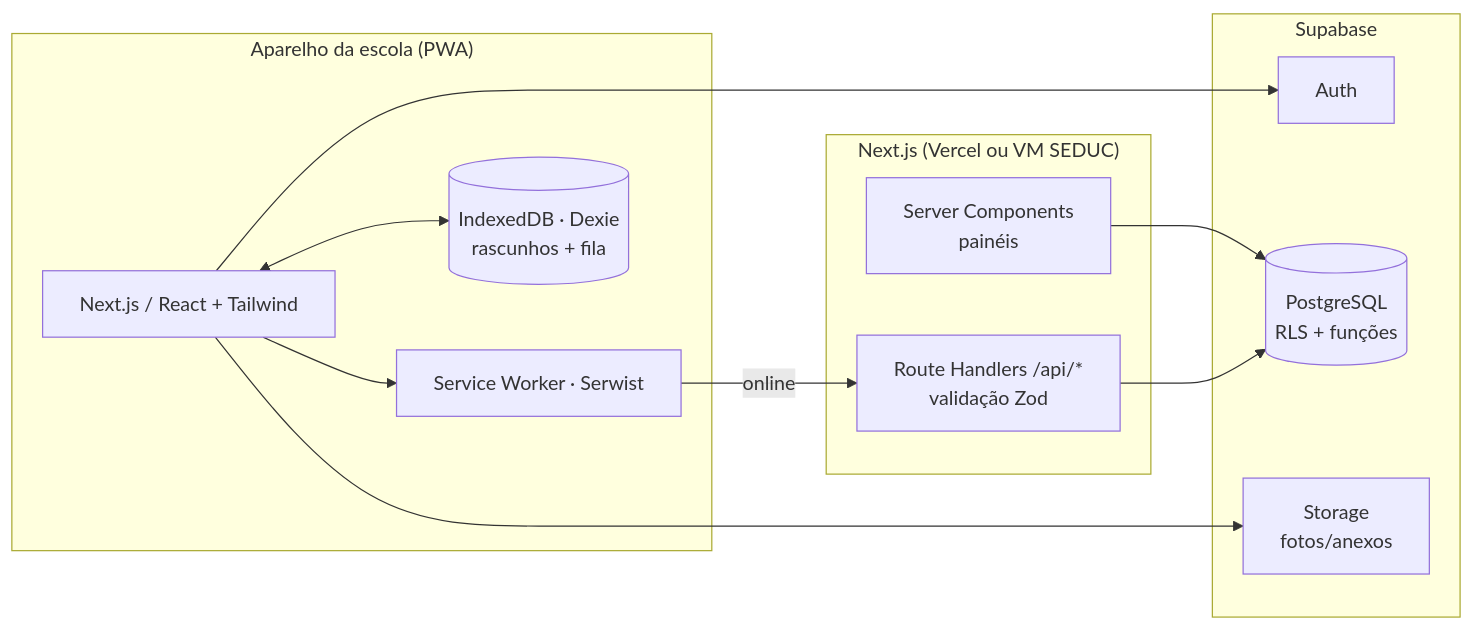
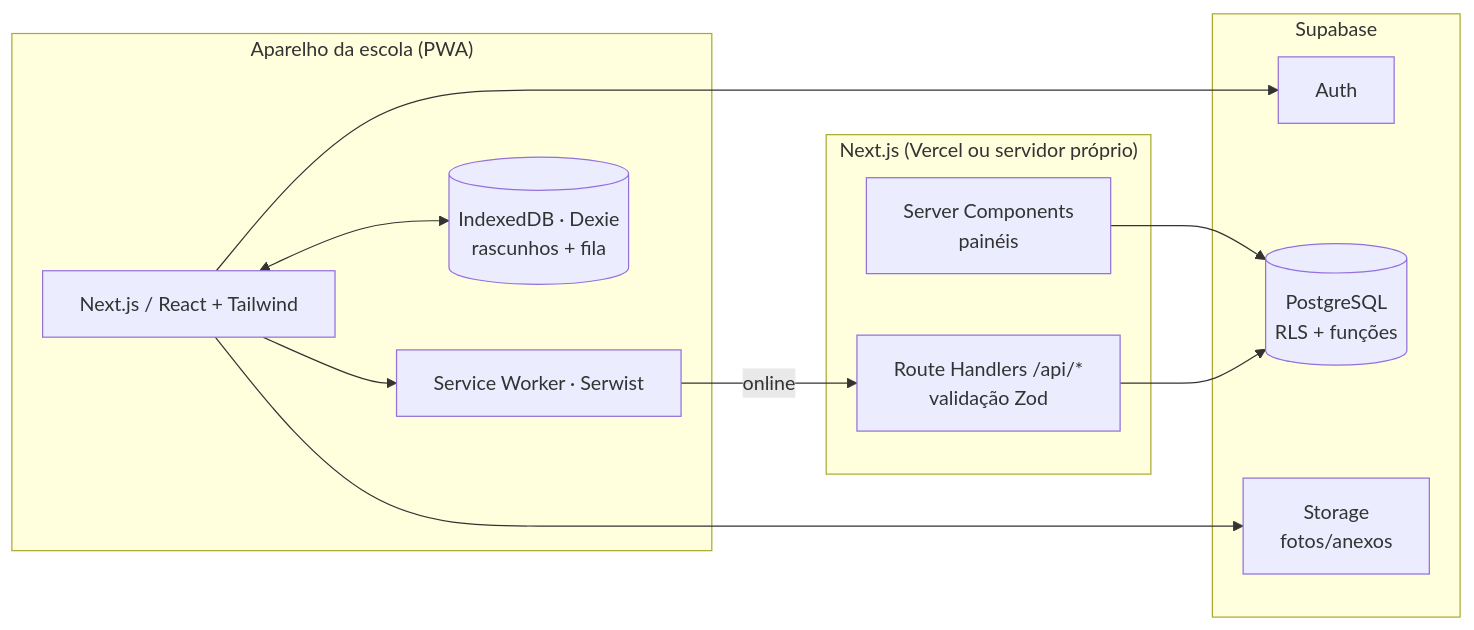
The first of 3 diagrams in README.md (Danteifpa/Vigilia-escolar), drawn with Mermaid before and after one commit. The commit also changed other lines of this file and 32 other files, not shown here.

````diff
--- a/README.md
+++ b/README.md
@@ -9,24 +9,24 @@
 ```mermaid
 flowchart LR
   subgraph Aparelho["Aparelho da escola (PWA)"]
     UI[Next.js / React + Tailwind]
     SW[Service Worker · Serwist]
     IDB[(IndexedDB · Dexie<br/>rascunhos + fila)]
     UI <--> IDB
     UI --> SW
   end
-  subgraph Servidor["Next.js (Vercel ou VM SEDUC)"]
+  subgraph Servidor["Next.js (Vercel ou servidor próprio)"]
     RSC[Server Components<br/>painéis]
     API[Route Handlers /api/*<br/>validação Zod]
   end
   subgraph Supabase
     AUTH[Auth]
     PG[(PostgreSQL<br/>RLS + funções)]
     ST[Storage<br/>fotos/anexos]
   end
   SW -- online --> API
   RSC --> PG
   API --> PG
   UI --> AUTH
   UI --> ST
 ```
````
